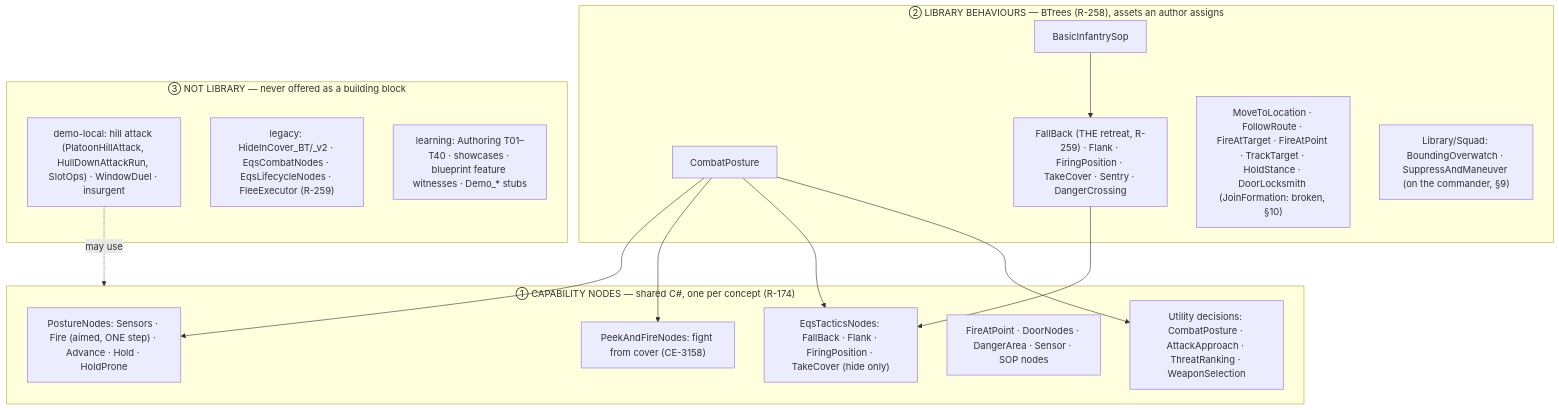
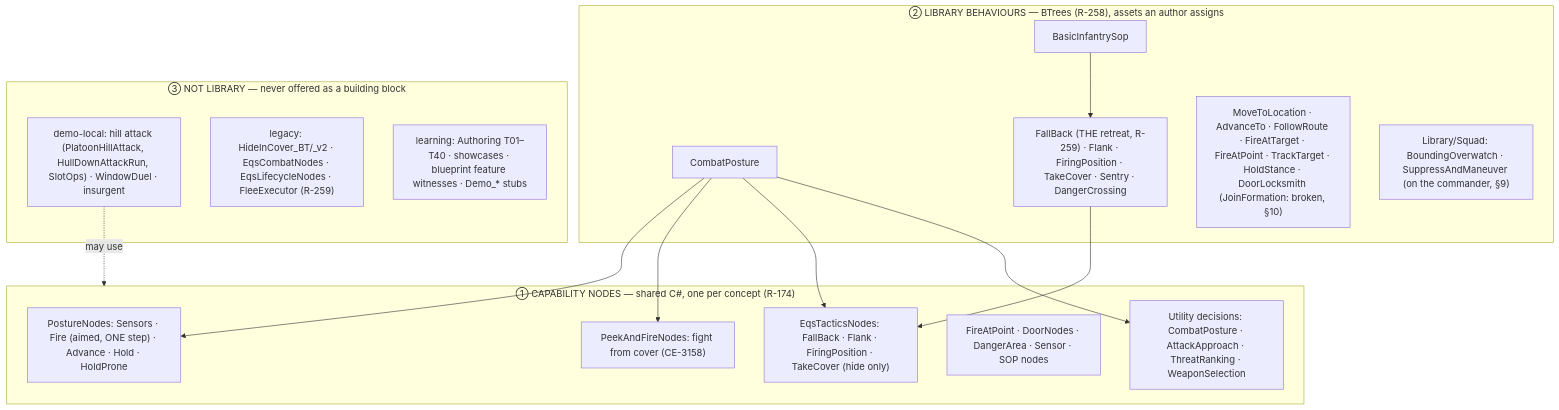
One commit to pjanec/HROT changed the seventh of 10 diagrams in docs/OVERVIEW_Behaviour_Building_Blocks.md. Above: the diagram before and after it, drawn with Mermaid. The commit also changed other lines of this file and 3 other files, not shown here.

First line of the commit message:
WIP CE-2123 S1: AdvanceTo folded into the design (§3.2/§3.3/§3.6) and the map; registrar rails name the two new behaviours; live rail drops its probes, hold check is horizontal

````diff
--- a/docs/OVERVIEW_Behaviour_Building_Blocks.md
+++ b/docs/OVERVIEW_Behaviour_Building_Blocks.md
@@ -230,29 +230,29 @@
 ```mermaid
 graph TD
   subgraph L1["① CAPABILITY NODES — shared C#, one per concept (R-174)"]
     PS["PostureNodes: Sensors · Fire (aimed, ONE step) · Advance · Hold · HoldProne"]
     PF["PeekAndFireNodes: fight from cover (CE-3158)"]
     ET["EqsTacticsNodes: FallBack · Flank · FiringPosition · TakeCover (hide only)"]
     FP["FireAtPoint · DoorNodes · DangerArea · Sensor · SOP nodes"]
     UT["Utility decisions: CombatPosture · AttackApproach · ThreatRanking · WeaponSelection"]
   end
   subgraph L2["② LIBRARY BEHAVIOURS — BTrees (R-258), assets an author assigns"]
     CP["CombatPosture"]
     TK["FallBack (THE retreat, R-259) · Flank · FiringPosition · TakeCover · Sentry · DangerCrossing"]
     SOP["BasicInfantrySop"]
-    ORD["MoveToLocation · FollowRoute · FireAtTarget · FireAtPoint · TrackTarget · HoldStance · DoorLocksmith (JoinFormation: broken, §10)"]
+    ORD["MoveToLocation · AdvanceTo · FollowRoute · FireAtTarget · FireAtPoint · TrackTarget · HoldStance · DoorLocksmith (JoinFormation: broken, §10)"]
     SQ["Library/Squad: BoundingOverwatch · SuppressAndManeuver (on the commander, §9)"]
   end
   subgraph L3["③ NOT LIBRARY — never offered as a building block"]
     DM["demo-local: hill attack (PlatoonHillAttack, HullDownAttackRun, SlotOps) · WindowDuel · insurgent"]
     LG["legacy: HideInCover_BT/_v2 · EqsCombatNodes · EqsLifecycleNodes · FleeExecutor (R-259)"]
     LR["learning: Authoring T01–T40 · showcases · blueprint feature witnesses · Demo_* stubs"]
   end
   CP --> PS
   CP --> PF
   CP --> ET
   CP --> UT
   TK --> ET
   SOP --> TK
   DM -.->|may use| L1
 ```
````
